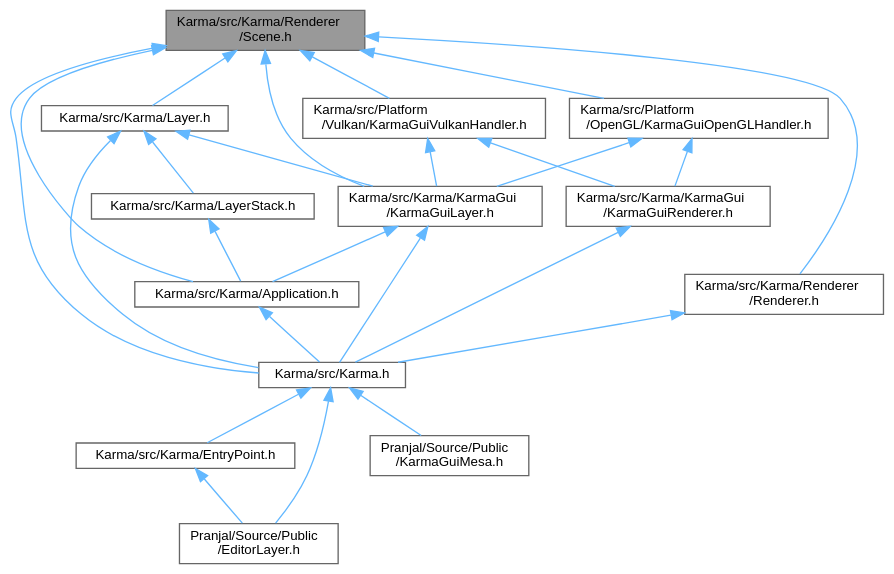
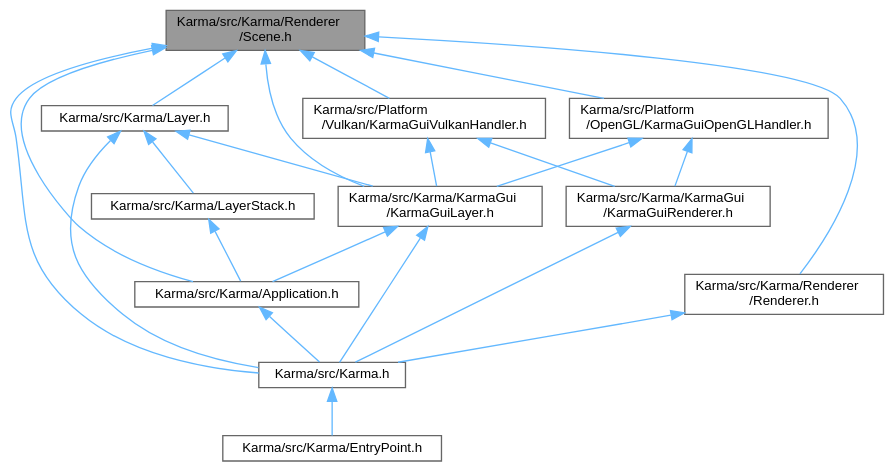
Before and after one commit to ravimohan1991/KarmaEngine: the diagram in _scene_8h__dep__incl.dot, drawn with Graphviz. The commit also changed 1580 other files, not shown here.

```diff
--- a/_scene_8h__dep__incl.dot
+++ b/_scene_8h__dep__incl.dot
@@ -1,44 +1,39 @@
 digraph "Karma/src/Karma/Renderer/Scene.h"
 {
  // LATEX_PDF_SIZE
   bgcolor="transparent";
   edge [fontname=Helvetica,fontsize=10,labelfontname=Helvetica,labelfontsize=10];
   node [fontname=Helvetica,fontsize=10,shape=box,height=0.2,width=0.4];
   Node1 [id="Node000001",label="Karma/src/Karma/Renderer\l/Scene.h",height=0.2,width=0.4,color="gray40", fillcolor="grey60", style="filled", fontcolor="black",tooltip="This file contains the class Scene."];
   Node1 -> Node2 [id="edge1_Node000001_Node000002",dir="back",color="steelblue1",style="solid",tooltip=" "];
   Node2 [id="Node000002",label="Karma/src/Karma.h",height=0.2,width=0.4,color="grey40", fillcolor="white", style="filled",URL="$_karma_8h_source.html",tooltip=" "];
   Node2 -> Node3 [id="edge2_Node000002_Node000003",dir="back",color="steelblue1",style="solid",tooltip=" "];
   Node3 [id="Node000003",label="Karma/src/Karma/EntryPoint.h",height=0.2,width=0.4,color="grey40", fillcolor="white", style="filled",URL="$_entry_point_8h.html",tooltip="This file contains the main() routine with multiplatform support."];
-  Node3 -> Node4 [id="edge3_Node000003_Node000004",dir="back",color="steelblue1",style="solid",tooltip=" "];
-  Node4 [id="Node000004",label="Pranjal/Source/Public\l/EditorLayer.h",height=0.2,width=0.4,color="grey40", fillcolor="white", style="filled",URL="$_editor_layer_8h_source.html",tooltip=" "];
-  Node2 -> Node4 [id="edge4_Node000002_Node000004",dir="back",color="steelblue1",style="solid",tooltip=" "];
-  Node2 -> Node5 [id="edge5_Node000002_Node000005",dir="back",color="steelblue1",style="solid",tooltip=" "];
-  Node5 [id="Node000005",label="Pranjal/Source/Public\l/KarmaGuiMesa.h",height=0.2,width=0.4,color="grey40", fillcolor="white", style="filled",URL="$_karma_gui_mesa_8h.html",tooltip="This file contains the classes for Editor."];
-  Node1 -> Node6 [id="edge6_Node000001_Node000006",dir="back",color="steelblue1",style="solid",tooltip=" "];
-  Node6 [id="Node000006",label="Karma/src/Karma/Application.h",height=0.2,width=0.4,color="grey40", fillcolor="white", style="filled",URL="$_application_8h.html",tooltip="This file contains the main Application class for Editor + Game."];
-  Node6 -> Node2 [id="edge7_Node000006_Node000002",dir="back",color="steelblue1",style="solid",tooltip=" "];
-  Node1 -> Node7 [id="edge8_Node000001_Node000007",dir="back",color="steelblue1",style="solid",tooltip=" "];
-  Node7 [id="Node000007",label="Karma/src/Karma/KarmaGui\l/KarmaGuiLayer.h",height=0.2,width=0.4,color="grey40", fillcolor="white", style="filled",URL="$_karma_gui_layer_8h.html",tooltip="This file contains the class KarmaGuiLayer, a Layer between Engine and KarmaGui."];
-  Node7 -> Node2 [id="edge9_Node000007_Node000002",dir="back",color="steelblue1",style="solid",tooltip=" "];
-  Node7 -> Node6 [id="edge10_Node000007_Node000006",dir="back",color="steelblue1",style="solid",tooltip=" "];
-  Node1 -> Node8 [id="edge11_Node000001_Node000008",dir="back",color="steelblue1",style="solid",tooltip=" "];
-  Node8 [id="Node000008",label="Karma/src/Karma/Layer.h",height=0.2,width=0.4,color="grey40", fillcolor="white", style="filled",URL="$_layer_8h.html",tooltip="This file contains the Layer class."];
-  Node8 -> Node2 [id="edge12_Node000008_Node000002",dir="back",color="steelblue1",style="solid",tooltip=" "];
-  Node8 -> Node7 [id="edge13_Node000008_Node000007",dir="back",color="steelblue1",style="solid",tooltip=" "];
-  Node8 -> Node9 [id="edge14_Node000008_Node000009",dir="back",color="steelblue1",style="solid",tooltip=" "];
-  Node9 [id="Node000009",label="Karma/src/Karma/LayerStack.h",height=0.2,width=0.4,color="grey40", fillcolor="white", style="filled",URL="$_layer_stack_8h.html",tooltip="This file contains the LayerStack class."];
-  Node9 -> Node6 [id="edge15_Node000009_Node000006",dir="back",color="steelblue1",style="solid",tooltip=" "];
-  Node1 -> Node10 [id="edge16_Node000001_Node000010",dir="back",color="steelblue1",style="solid",tooltip=" "];
-  Node10 [id="Node000010",label="Karma/src/Karma/Renderer\l/Renderer.h",height=0.2,width=0.4,color="grey40", fillcolor="white", style="filled",URL="$_renderer_8h.html",tooltip="This file contains the class Renderer."];
-  Node10 -> Node2 [id="edge17_Node000010_Node000002",dir="back",color="steelblue1",style="solid",tooltip=" "];
-  Node1 -> Node11 [id="edge18_Node000001_Node000011",dir="back",color="steelblue1",style="solid",tooltip=" "];
-  Node11 [id="Node000011",label="Karma/src/Platform\l/OpenGL/KarmaGuiOpenGLHandler.h",height=0.2,width=0.4,color="grey40", fillcolor="white", style="filled",URL="$_karma_gui_open_g_l_handler_8h.html",tooltip="This file contains KarmaGuiOpenGLHandler class and relevant data structures."];
-  Node11 -> Node7 [id="edge19_Node000011_Node000007",dir="back",color="steelblue1",style="solid",tooltip=" "];
-  Node11 -> Node12 [id="edge20_Node000011_Node000012",dir="back",color="steelblue1",style="solid",tooltip=" "];
-  Node12 [id="Node000012",label="Karma/src/Karma/KarmaGui\l/KarmaGuiRenderer.h",height=0.2,width=0.4,color="grey40", fillcolor="white", style="filled",URL="$_karma_gui_renderer_8h.html",tooltip="This file contains the renderer for Karma's UI."];
-  Node12 -> Node2 [id="edge21_Node000012_Node000002",dir="back",color="steelblue1",style="solid",tooltip=" "];
-  Node1 -> Node13 [id="edge22_Node000001_Node000013",dir="back",color="steelblue1",style="solid",tooltip=" "];
-  Node13 [id="Node000013",label="Karma/src/Platform\l/Vulkan/KarmaGuiVulkanHandler.h",height=0.2,width=0.4,color="grey40", fillcolor="white", style="filled",URL="$_karma_gui_vulkan_handler_8h.html",tooltip="This file contains KarmaGuiVulkanHandler class and relevant data structures."];
-  Node13 -> Node7 [id="edge23_Node000013_Node000007",dir="back",color="steelblue1",style="solid",tooltip=" "];
-  Node13 -> Node12 [id="edge24_Node000013_Node000012",dir="back",color="steelblue1",style="solid",tooltip=" "];
+  Node1 -> Node4 [id="edge3_Node000001_Node000004",dir="back",color="steelblue1",style="solid",tooltip=" "];
+  Node4 [id="Node000004",label="Karma/src/Karma/Application.h",height=0.2,width=0.4,color="grey40", fillcolor="white", style="filled",URL="$_application_8h.html",tooltip="This file contains the main Application class for Editor + Game."];
+  Node4 -> Node2 [id="edge4_Node000004_Node000002",dir="back",color="steelblue1",style="solid",tooltip=" "];
+  Node1 -> Node5 [id="edge5_Node000001_Node000005",dir="back",color="steelblue1",style="solid",tooltip=" "];
+  Node5 [id="Node000005",label="Karma/src/Karma/KarmaGui\l/KarmaGuiLayer.h",height=0.2,width=0.4,color="grey40", fillcolor="white", style="filled",URL="$_karma_gui_layer_8h.html",tooltip="This file contains the class KarmaGuiLayer, a Layer between Engine and KarmaGui."];
+  Node5 -> Node2 [id="edge6_Node000005_Node000002",dir="back",color="steelblue1",style="solid",tooltip=" "];
+  Node5 -> Node4 [id="edge7_Node000005_Node000004",dir="back",color="steelblue1",style="solid",tooltip=" "];
+  Node1 -> Node6 [id="edge8_Node000001_Node000006",dir="back",color="steelblue1",style="solid",tooltip=" "];
+  Node6 [id="Node000006",label="Karma/src/Karma/Layer.h",height=0.2,width=0.4,color="grey40", fillcolor="white", style="filled",URL="$_layer_8h.html",tooltip="This file contains the Layer class."];
+  Node6 -> Node2 [id="edge9_Node000006_Node000002",dir="back",color="steelblue1",style="solid",tooltip=" "];
+  Node6 -> Node5 [id="edge10_Node000006_Node000005",dir="back",color="steelblue1",style="solid",tooltip=" "];
+  Node6 -> Node7 [id="edge11_Node000006_Node000007",dir="back",color="steelblue1",style="solid",tooltip=" "];
+  Node7 [id="Node000007",label="Karma/src/Karma/LayerStack.h",height=0.2,width=0.4,color="grey40", fillcolor="white", style="filled",URL="$_layer_stack_8h.html",tooltip="This file contains the LayerStack class."];
+  Node7 -> Node4 [id="edge12_Node000007_Node000004",dir="back",color="steelblue1",style="solid",tooltip=" "];
+  Node1 -> Node8 [id="edge13_Node000001_Node000008",dir="back",color="steelblue1",style="solid",tooltip=" "];
+  Node8 [id="Node000008",label="Karma/src/Karma/Renderer\l/Renderer.h",height=0.2,width=0.4,color="grey40", fillcolor="white", style="filled",URL="$_renderer_8h.html",tooltip="This file contains the class Renderer."];
+  Node8 -> Node2 [id="edge14_Node000008_Node000002",dir="back",color="steelblue1",style="solid",tooltip=" "];
+  Node1 -> Node9 [id="edge15_Node000001_Node000009",dir="back",color="steelblue1",style="solid",tooltip=" "];
+  Node9 [id="Node000009",label="Karma/src/Platform\l/OpenGL/KarmaGuiOpenGLHandler.h",height=0.2,width=0.4,color="grey40", fillcolor="white", style="filled",URL="$_karma_gui_open_g_l_handler_8h.html",tooltip="This file contains KarmaGuiOpenGLHandler class and relevant data structures."];
+  Node9 -> Node5 [id="edge16_Node000009_Node000005",dir="back",color="steelblue1",style="solid",tooltip=" "];
+  Node9 -> Node10 [id="edge17_Node000009_Node000010",dir="back",color="steelblue1",style="solid",tooltip=" "];
+  Node10 [id="Node000010",label="Karma/src/Karma/KarmaGui\l/KarmaGuiRenderer.h",height=0.2,width=0.4,color="grey40", fillcolor="white", style="filled",URL="$_karma_gui_renderer_8h.html",tooltip="This file contains the renderer for Karma's UI."];
+  Node10 -> Node2 [id="edge18_Node000010_Node000002",dir="back",color="steelblue1",style="solid",tooltip=" "];
+  Node1 -> Node11 [id="edge19_Node000001_Node000011",dir="back",color="steelblue1",style="solid",tooltip=" "];
+  Node11 [id="Node000011",label="Karma/src/Platform\l/Vulkan/KarmaGuiVulkanHandler.h",height=0.2,width=0.4,color="grey40", fillcolor="white", style="filled",URL="$_karma_gui_vulkan_handler_8h.html",tooltip="This file contains KarmaGuiVulkanHandler class and relevant data structures."];
+  Node11 -> Node5 [id="edge20_Node000011_Node000005",dir="back",color="steelblue1",style="solid",tooltip=" "];
+  Node11 -> Node10 [id="edge21_Node000011_Node000010",dir="back",color="steelblue1",style="solid",tooltip=" "];
 }
```
